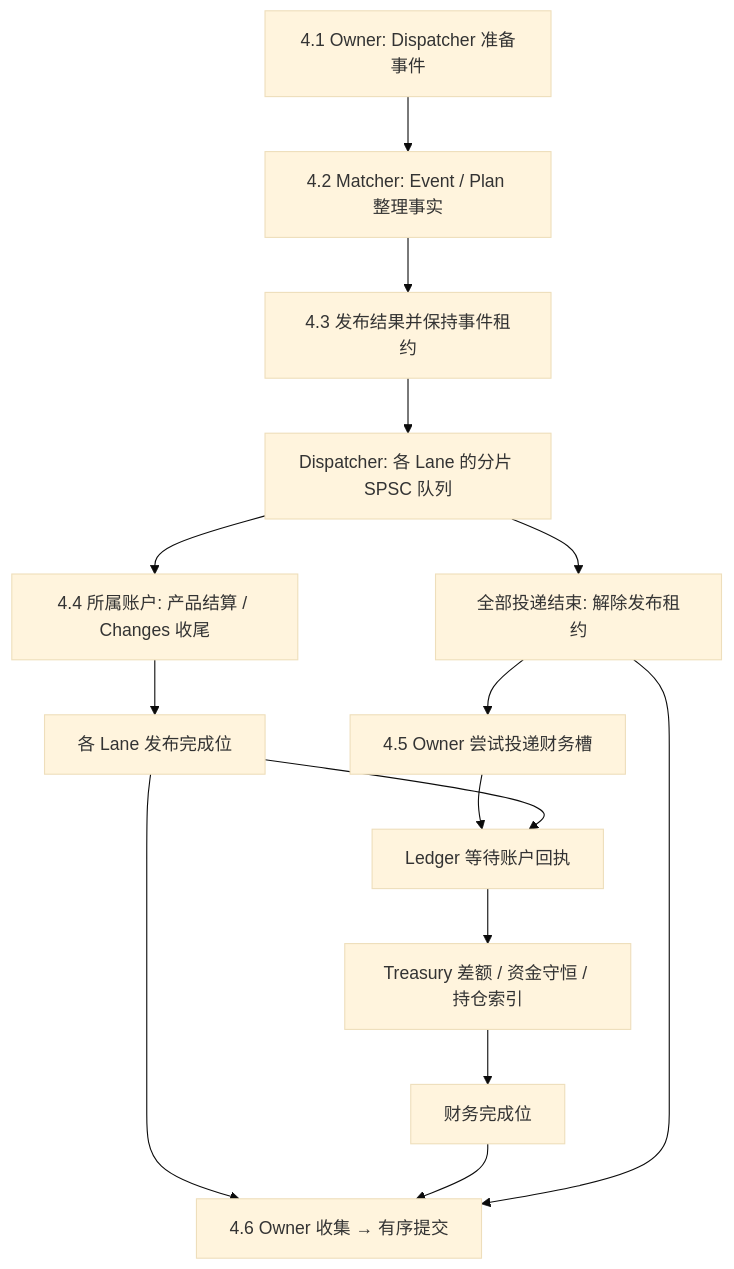
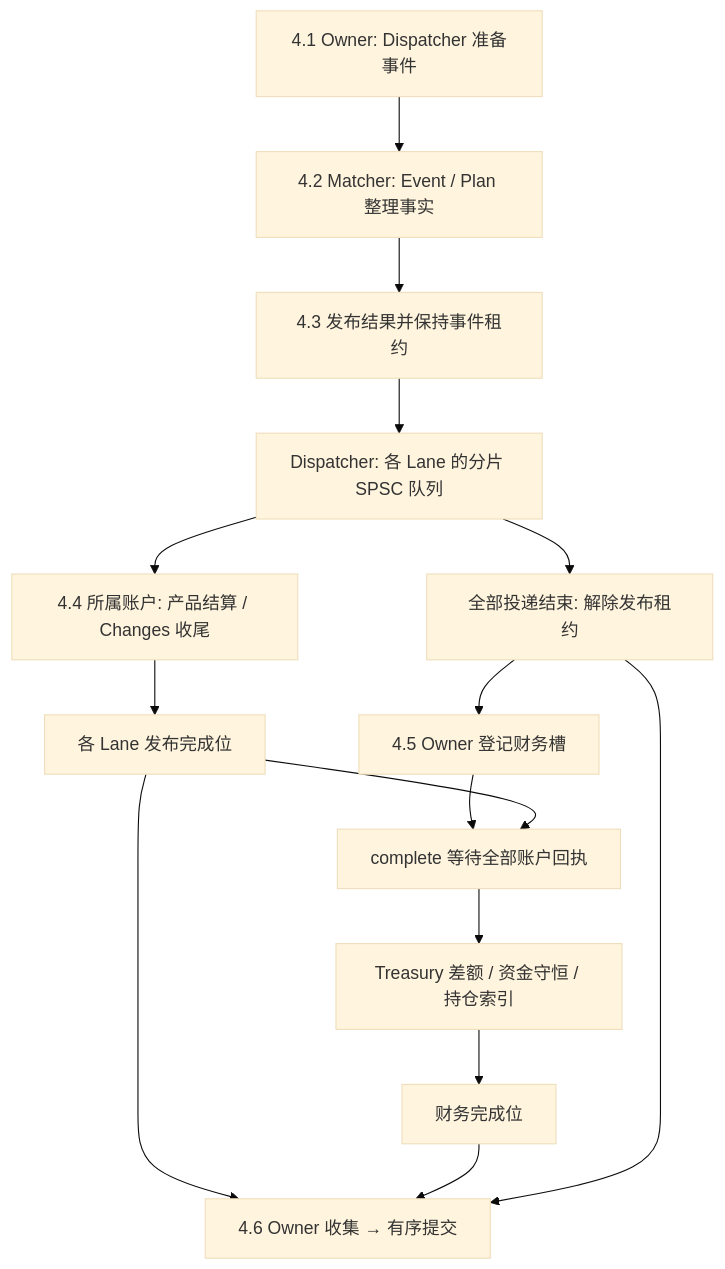
The fourth of 6 diagrams in surprising-aeron-core/surprising-aeron-service/README.md (lilaizhencn/surprising-ex), drawn with Mermaid (base theme) before and after one commit. The commit also changed other lines of this file and 28 other files, not shown here.

````diff
--- a/surprising-aeron-core/surprising-aeron-service/README.md
+++ b/surprising-aeron-core/surprising-aeron-service/README.md
@@ -507,17 +562,17 @@
 ```mermaid
 flowchart TD
     O[4.1 Owner: Dispatcher 准备事件] --> M[4.2 Matcher: Event / Plan 整理事实]
     M --> P[4.3 发布结果并保持事件租约]
     P --> D[Dispatcher: 各 Lane 的分片 SPSC 队列]
     D --> A[4.4 所属账户: 产品结算 / Changes 收尾]
     A --> C[各 Lane 发布完成位]
     D --> R[全部投递结束: 解除发布租约]
-    R --> Q[4.5 Owner 尝试投递财务槽]
-    Q --> W[Ledger 等待账户回执]
+    R --> Q[4.5 Owner 登记财务槽]
+    Q --> W[complete 等待全部账户回执]
     C --> W
     W --> L[Treasury 差额 / 资金守恒 / 持仓索引]
     L --> F[财务完成位]
     C --> K[4.6 Owner 收集 → 有序提交]
     F --> K
     R --> K
 ```
````
